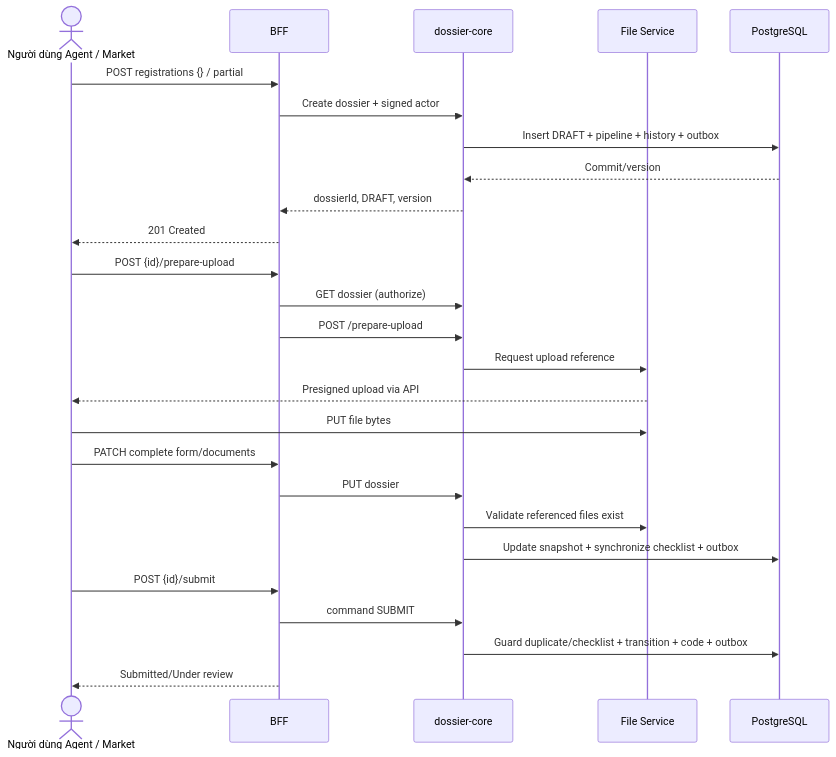
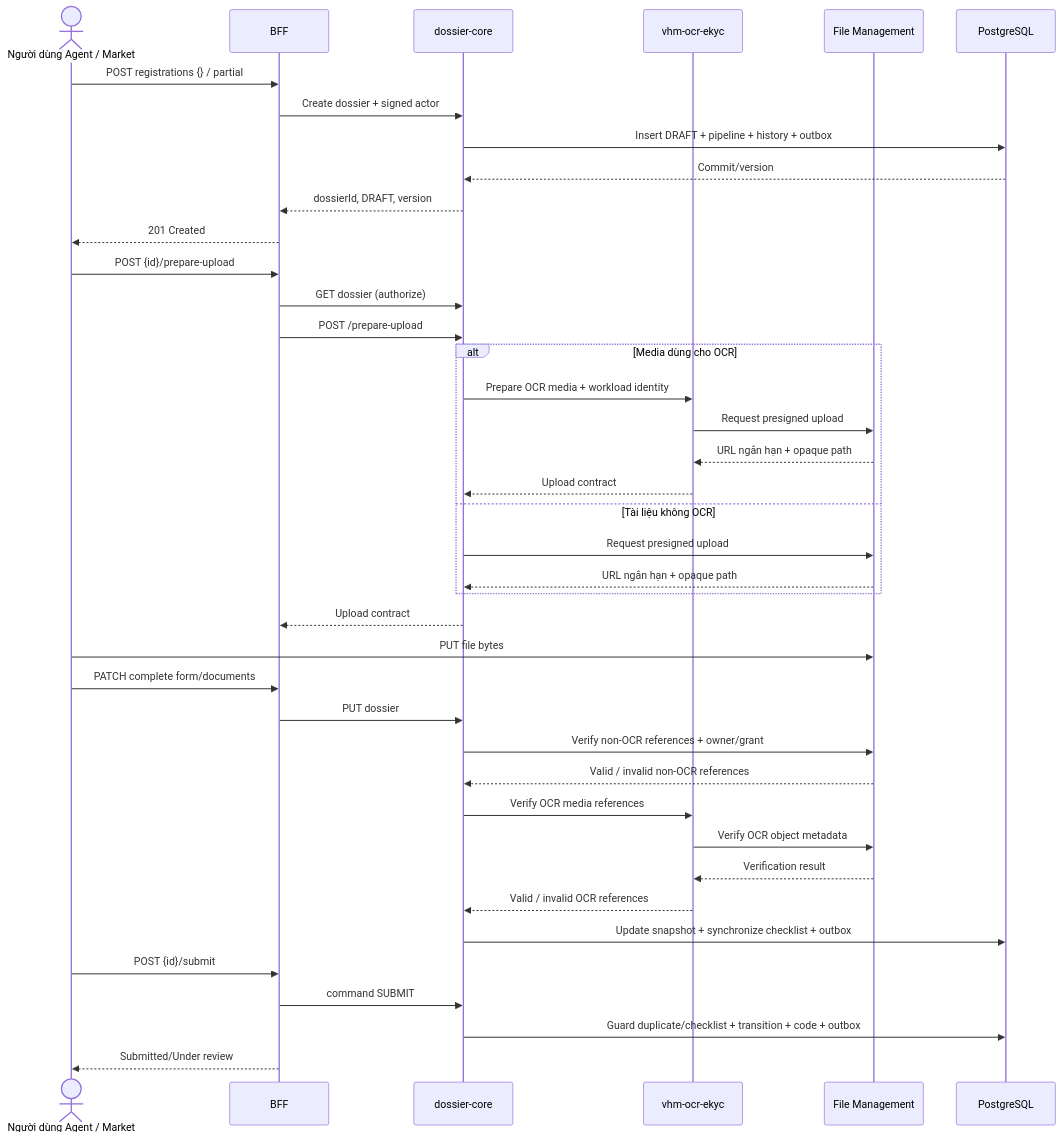
One commit to huynv-xyz/vhm changed the fifth of 8 diagrams in tdd-dossier.md. Above: the diagram before and after it, drawn with Mermaid. The commit also changed other lines of this file, not shown here.

````diff
--- a/tdd-dossier.md
+++ b/tdd-dossier.md
@@ -570,29 +590,43 @@
 ```mermaid
 sequenceDiagram
     actor U as Người dùng Agent / Market
     participant A as BFF
     participant C as dossier-core
-    participant F as File Service
+    participant O as vhm-ocr-ekyc
+    participant F as File Management
     participant D as PostgreSQL
 
     U->>A: POST registrations {} / partial
     A->>C: Create dossier + signed actor
     C->>D: Insert DRAFT + pipeline + history + outbox
     D-->>C: Commit/version
     C-->>A: dossierId, DRAFT, version
     A-->>U: 201 Created
     U->>A: POST {id}/prepare-upload
     A->>C: GET dossier (authorize)
     A->>C: POST /prepare-upload
-    C->>F: Request upload reference
-    F-->>U: Presigned upload via API
+    alt Media dùng cho OCR
+        C->>O: Prepare OCR media + workload identity
+        O->>F: Request presigned upload
+        F-->>O: URL ngắn hạn + opaque path
+        O-->>C: Upload contract
+    else Tài liệu không OCR
+        C->>F: Request presigned upload
+        F-->>C: URL ngắn hạn + opaque path
+    end
+    C-->>A: Upload contract
     U->>F: PUT file bytes
     U->>A: PATCH complete form/documents
     A->>C: PUT dossier
-    C->>F: Validate referenced files exist
+    C->>F: Verify non-OCR references + owner/grant
+    F-->>C: Valid / invalid non-OCR references
+    C->>O: Verify OCR media references
+    O->>F: Verify OCR object metadata
+    F-->>O: Verification result
+    O-->>C: Valid / invalid OCR references
     C->>D: Update snapshot + synchronize checklist + outbox
     U->>A: POST {id}/submit
     A->>C: command SUBMIT
     C->>D: Guard duplicate/checklist + transition + code + outbox
     A-->>U: Submitted/Under review
 ```
````
